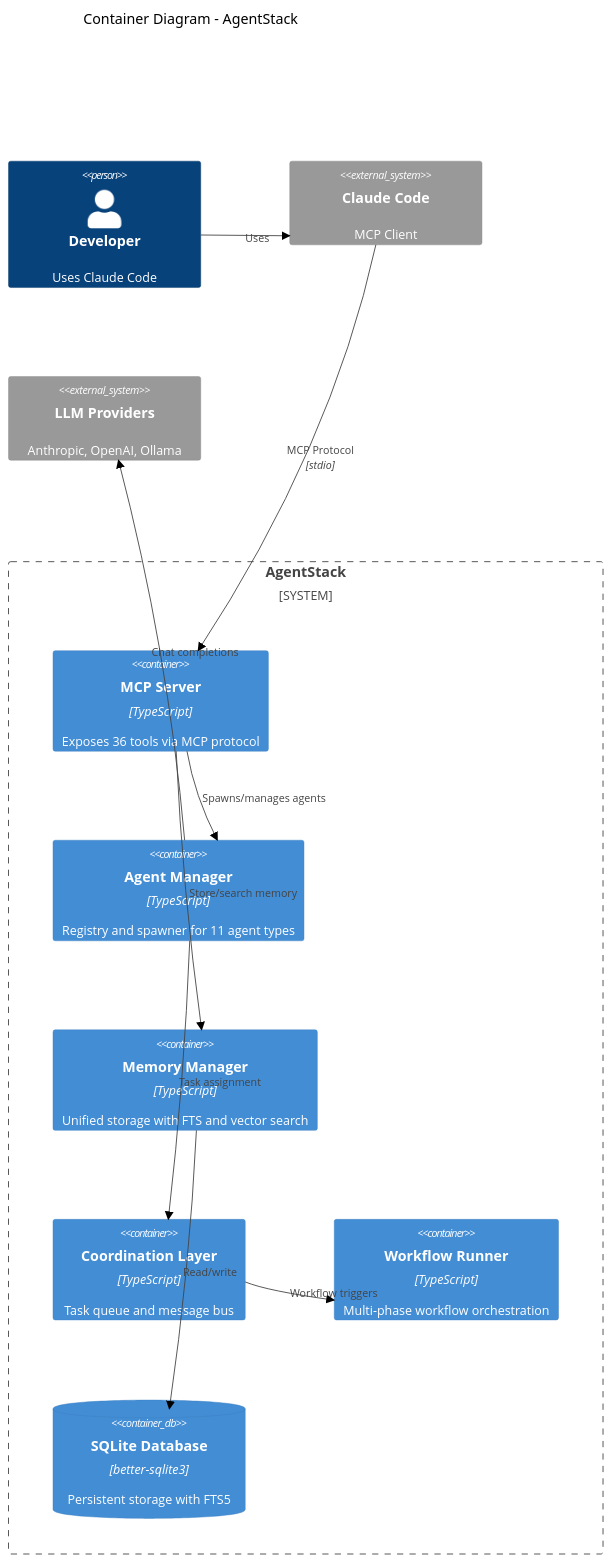
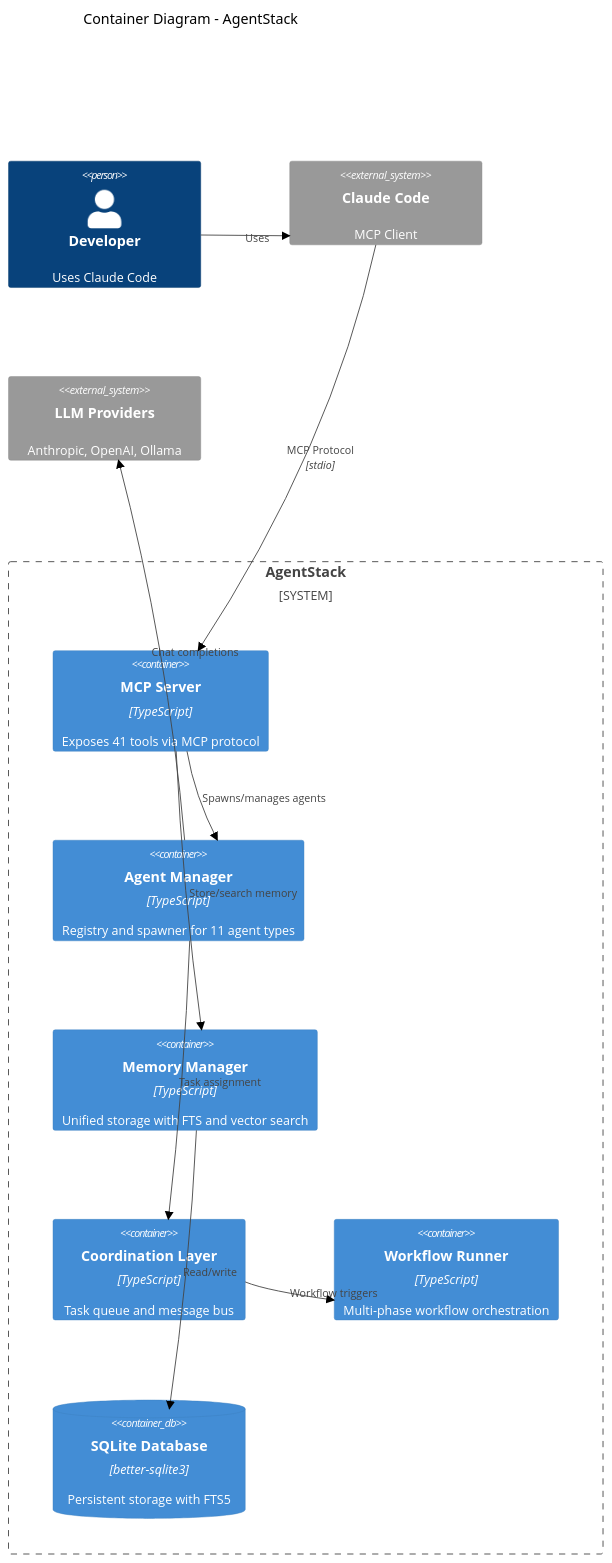
One commit to blackms/aistack changed the second of 5 diagrams in docs/ARCHITECTURE.md. Above: the diagram before and after it, drawn with Mermaid (neutral theme). The commit also changed other lines of this file and 14 other files, not shown here.

````diff
--- a/docs/ARCHITECTURE.md
+++ b/docs/ARCHITECTURE.md
@@ -41,27 +41,27 @@
 ```mermaid
 C4Container
     title Container Diagram - AgentStack
 
     Person(developer, "Developer", "Uses Claude Code")
 
     System_Boundary(agentstack, "AgentStack") {
-        Container(mcp_server, "MCP Server", "TypeScript", "Exposes 36 tools via MCP protocol")
+        Container(mcp_server, "MCP Server", "TypeScript", "Exposes 41 tools via MCP protocol")
         Container(agent_manager, "Agent Manager", "TypeScript", "Registry and spawner for 11 agent types")
         Container(memory_manager, "Memory Manager", "TypeScript", "Unified storage with FTS and vector search")
         Container(coordination, "Coordination Layer", "TypeScript", "Task queue and message bus")
         Container(workflow_runner, "Workflow Runner", "TypeScript", "Multi-phase workflow orchestration")
         ContainerDb(sqlite_db, "SQLite Database", "better-sqlite3", "Persistent storage with FTS5")
     }
 
     System_Ext(claude_code, "Claude Code", "MCP Client")
     System_Ext(llm_providers, "LLM Providers", "Anthropic, OpenAI, Ollama")
 
     Rel(developer, claude_code, "Uses")
     Rel(claude_code, mcp_server, "MCP Protocol", "stdio")
     Rel(mcp_server, agent_manager, "Spawns/manages agents")
     Rel(mcp_server, memory_manager, "Store/search memory")
     Rel(agent_manager, coordination, "Task assignment")
     Rel(coordination, workflow_runner, "Workflow triggers")
     Rel(memory_manager, sqlite_db, "Read/write")
     Rel(agent_manager, llm_providers, "Chat completions")
 ```
````
